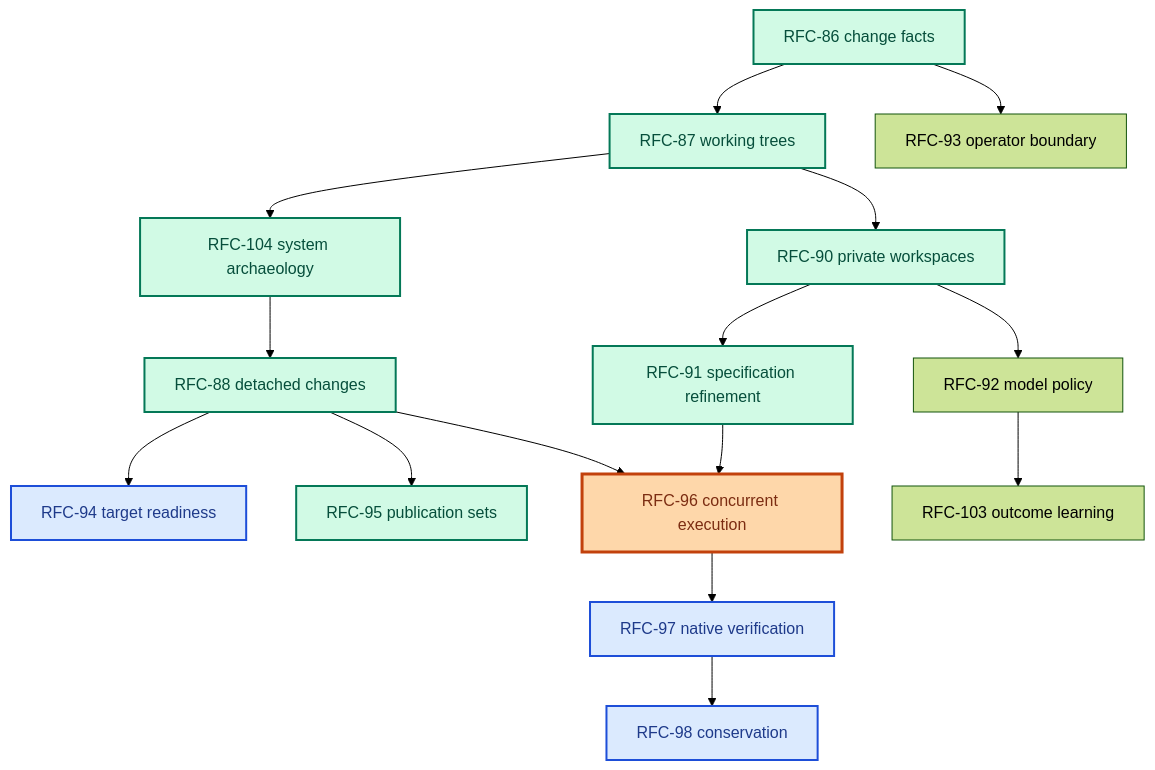
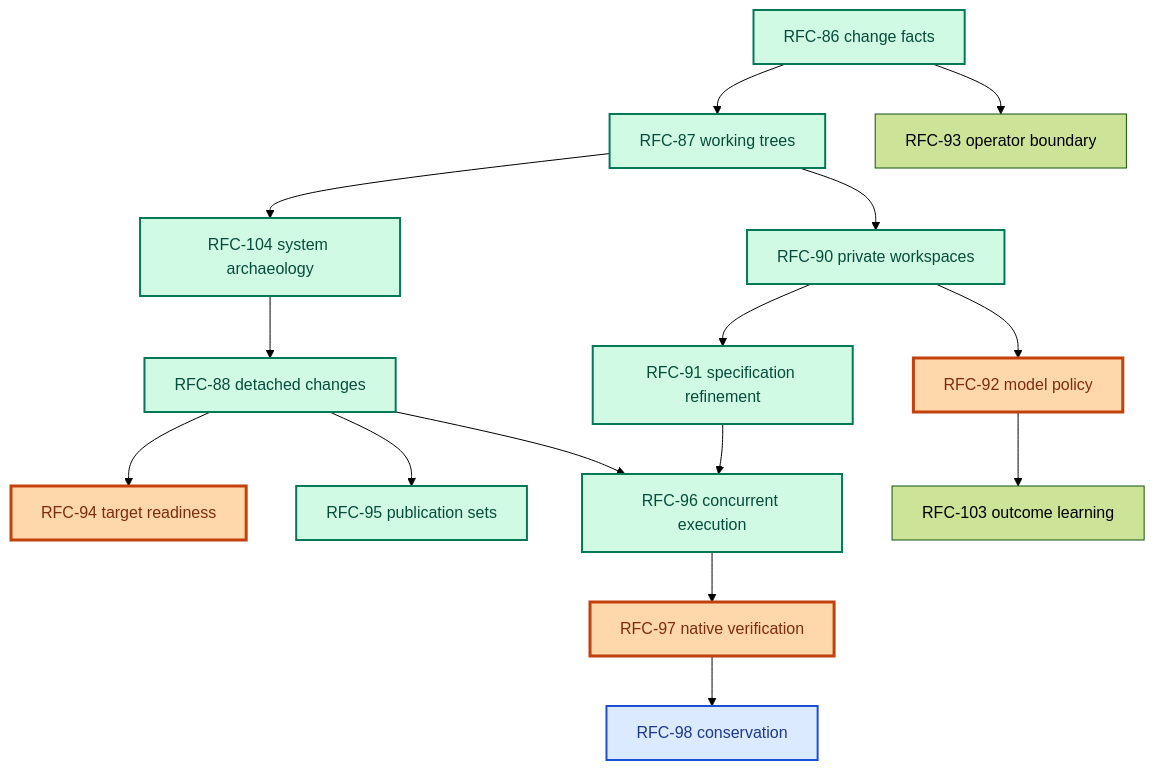
Before and after one commit to augentic/anvil: the diagram in rfcs/platform.md, drawn with Mermaid (forest theme). The commit also changed other lines of this file and 136 other files, not shown here.

````diff
--- a/rfcs/platform.md
+++ b/rfcs/platform.md
@@ -23,24 +23,24 @@
 ```mermaid
 flowchart TD
     R86[RFC-86 change facts] --> R87[RFC-87 working trees]
     R86 --> R93[RFC-93 operator boundary]
     R87 --> R104[RFC-104 system archaeology]
     R87 --> R90[RFC-90 private workspaces]
     R104 --> R88[RFC-88 detached changes]
     R88 --> R94[RFC-94 target readiness]
     R88 --> R95[RFC-95 publication sets]
     R88 --> R96[RFC-96 concurrent execution]
     R90 --> R91[RFC-91 specification refinement]
     R90 --> R92[RFC-92 model policy]
     R91 --> R96[RFC-96 concurrent execution]
     R92 --> R103[RFC-103 outcome learning]
     R96 --> R97[RFC-97 native verification]
     R97 --> R98[RFC-98 conservation]
 
     classDef done fill:#d1fae5,stroke:#047857,color:#064e3b,stroke-width:2px
     classDef nearterm fill:#fed7aa,stroke:#c2410c,color:#7c2d12,stroke-width:3px
     classDef later fill:#dbeafe,stroke:#1d4ed8,color:#1e3a8a,stroke-width:2px
-    class R86,R87,R88,R90,R91,R104,R95 done
-    class R96 nearterm
-    class R94,R97,R98 later
+    class R86,R87,R88,R90,R91,R104,R95,R96 done
+    class R92,R97,R94 nearterm
+    class R98 later
 ```
````
